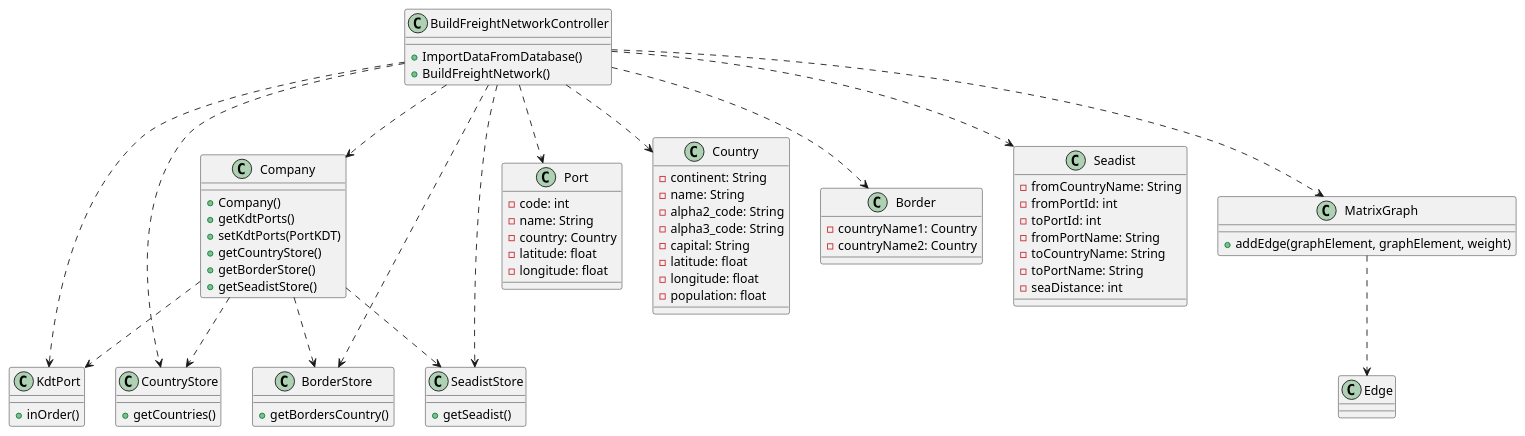
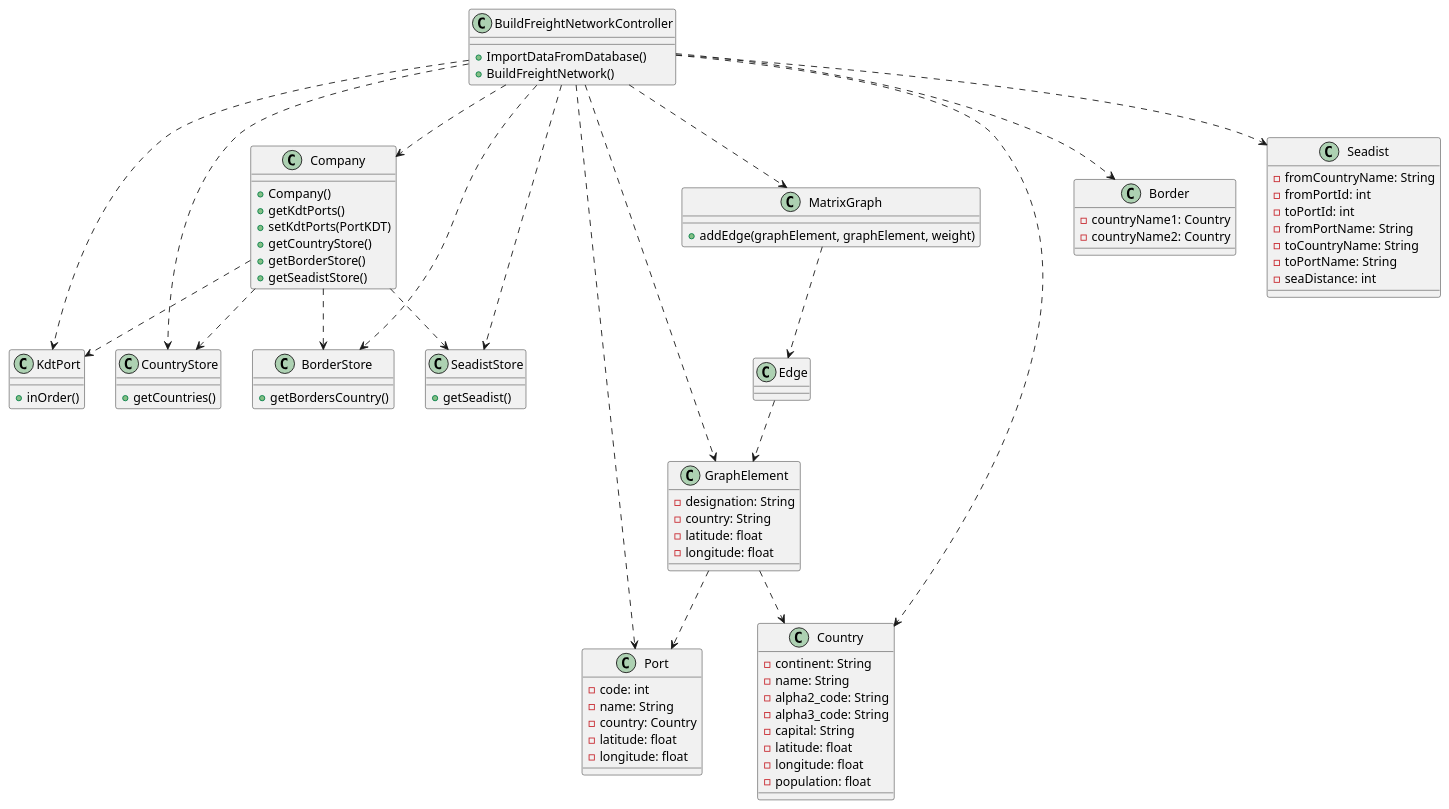
Before and after one commit to Pedromaia26/LAPR3-ISEP: the diagram in Documentation/Sprint3/Requirements_Engineering/US301/US301_CD.puml, drawn with PlantUML. The commit also changed 1 other file, not shown here.

```diff
--- a/Documentation/Sprint3/Requirements_Engineering/US301/US301_CD.puml
+++ b/Documentation/Sprint3/Requirements_Engineering/US301/US301_CD.puml
@@ -1,64 +1,73 @@
 @startuml
 BuildFreightNetworkController ..>Company
 BuildFreightNetworkController ..>Port
 BuildFreightNetworkController ..>KdtPort
 BuildFreightNetworkController ..>CountryStore
 BuildFreightNetworkController ..>BorderStore
 BuildFreightNetworkController ..>SeadistStore
 BuildFreightNetworkController ..>Country
 BuildFreightNetworkController ..>Border
 BuildFreightNetworkController ..>Seadist
 BuildFreightNetworkController ..>MatrixGraph
 MatrixGraph ..>Edge
+BuildFreightNetworkController ..>GraphElement
+GraphElement ..>Country
+GraphElement ..>Port
+Edge ..>GraphElement
 
 
 BuildFreightNetworkController : +ImportDataFromDatabase()
 BuildFreightNetworkController : +BuildFreightNetwork()
 
 
 Company : +Company()
 Company : +getKdtPorts()
 Company : +setKdtPorts(PortKDT)
 Company : +getCountryStore()
 Company : +getBorderStore()
 Company : +getSeadistStore()
 
 Company ..>KdtPort
 Company ..>CountryStore
 Company ..>BorderStore
 Company ..>SeadistStore
 
 KdtPort : +inOrder()
 
 MatrixGraph : +addEdge(graphElement, graphElement, weight)
 
 CountryStore : +getCountries()
 BorderStore : +getBordersCountry()
 SeadistStore : +getSeadist()
 
 Port : -code: int
 Port : -name: String
 Port : -country: Country
 Port : -latitude: float
 Port : -longitude: float
 
 Country : -continent: String
 Country : -name: String
 Country : -alpha2_code: String
 Country : -alpha3_code: String
 Country : -capital: String
 Country : -latitude: float
 Country : -longitude: float
 Country : -population: float
 
 Border : -countryName1: Country
 Border : -countryName2: Country
 
 Seadist : -fromCountryName: String
 Seadist : -fromPortId: int
 Seadist : -toPortId: int
 Seadist : -fromPortName: String
 Seadist : -toCountryName: String
 Seadist : -toPortName: String
 Seadist : -seaDistance: int
+
+GraphElement : -designation: String
+GraphElement : -country: String
+GraphElement : -latitude: float
+GraphElement : -longitude: float
 @enduml
```
